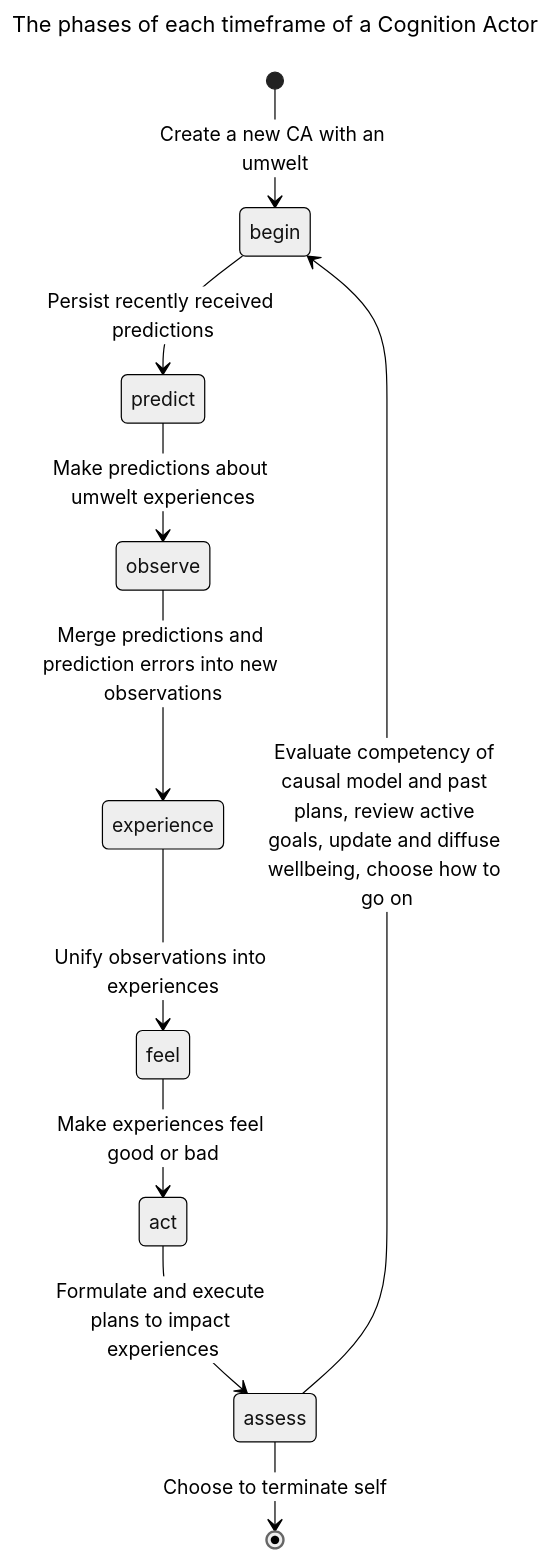
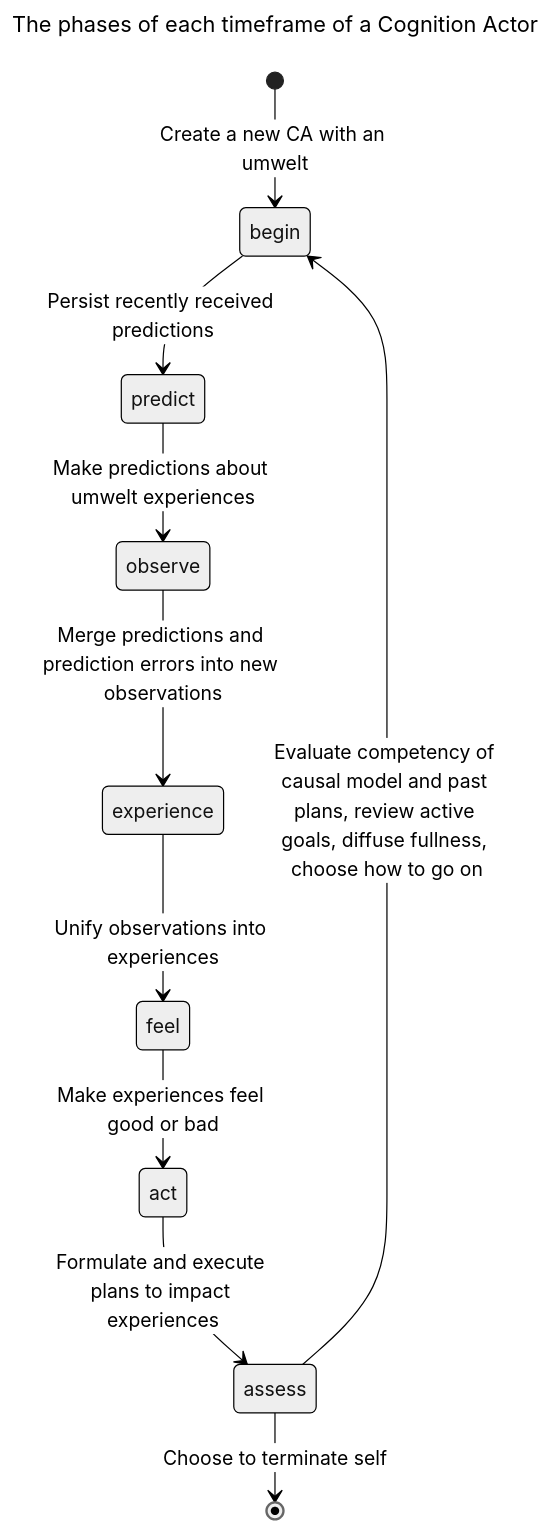
One commit to jfcloutier/karma_system changed the diagram in design_notes/cognition_actors.md. Above: the diagram before and after it, drawn with Mermaid (neutral theme). The commit also changed other lines of this file and 3 other files, not shown here.

Commit message:
Only wellbeing fullness diffuses

````diff
--- a/design_notes/cognition_actors.md
+++ b/design_notes/cognition_actors.md
@@ -127,15 +127,15 @@
 ```mermaid
 ---
 title: The phases of each timeframe of a Cognition Actor
 ---
 stateDiagram-v2
     [*] --> begin : Create a new CA with an umwelt
     begin --> predict: Persist recently received predictions
     predict --> observe: Make predictions about umwelt experiences
     observe --> experience: Merge predictions and prediction errors into new observations
     experience --> feel: Unify observations into experiences
     feel --> act: Make experiences feel good or bad
     act --> assess: Formulate and execute plans to impact experiences
-    assess --> begin: Evaluate competency of causal model and past plans, review active goals, update and diffuse wellbeing, choose how to go on
+    assess --> begin: Evaluate competency of causal model and past plans, review active goals, diffuse fullness, choose how to go on
     assess --> [*]: Choose to terminate self
 ```
````
